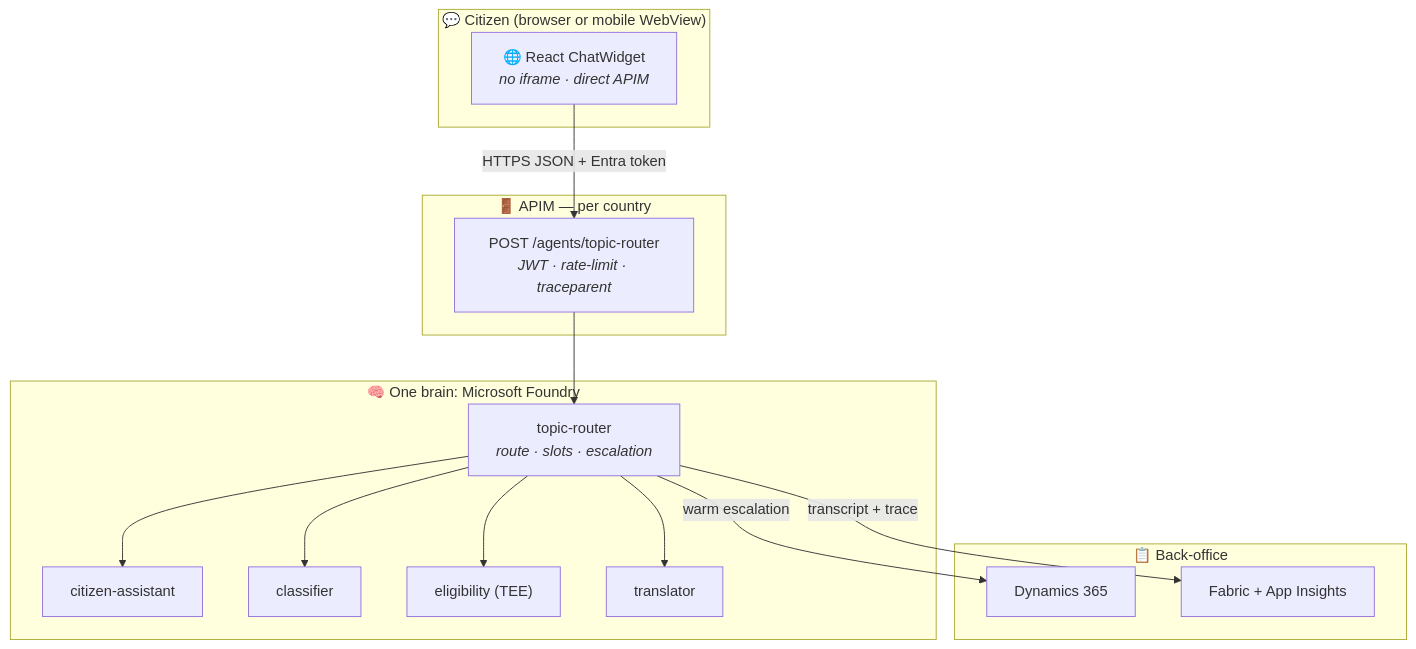
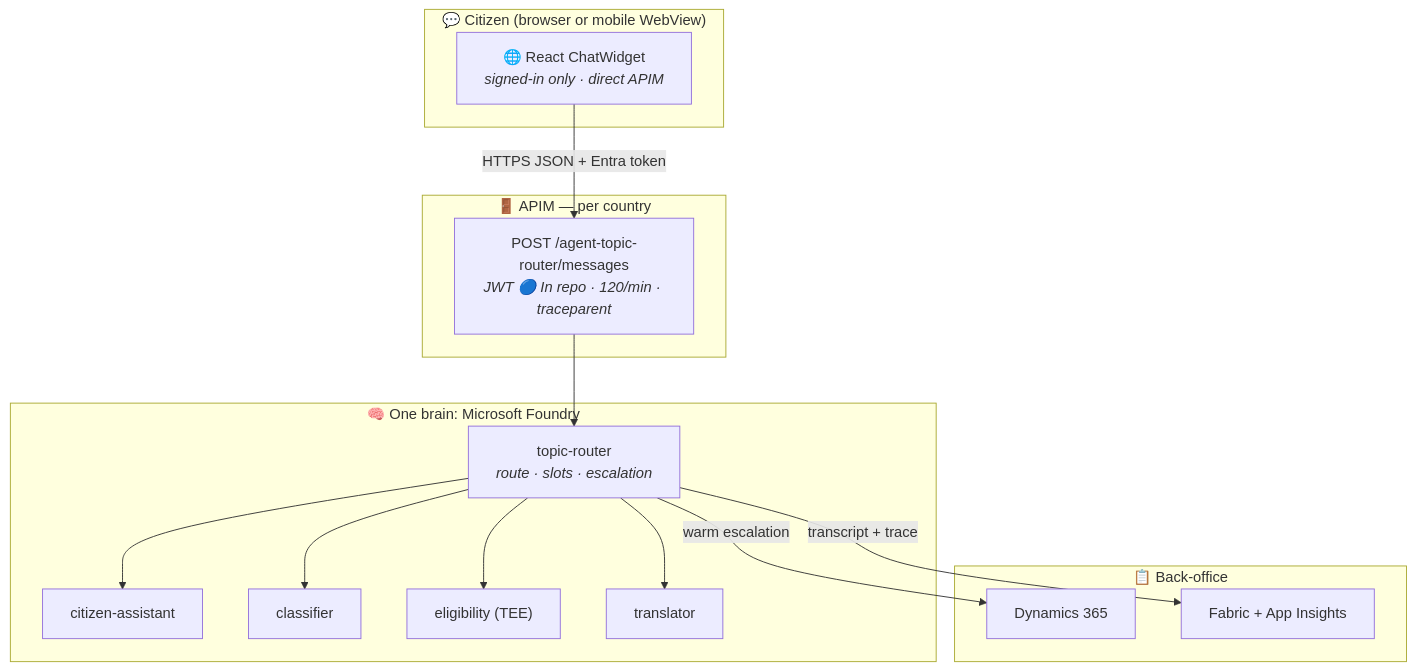
Before and after one commit to fredgis/UDCSP: the first of 4 diagrams in docs/biz/chat.md, drawn with Mermaid. The commit also changed other lines of this file and 105 other files, not shown here.

````diff
--- a/docs/biz/chat.md
+++ b/docs/biz/chat.md
@@ -88,25 +88,25 @@
 ```mermaid
 flowchart TB
     subgraph CITIZEN["💬 Citizen (browser or mobile WebView)"]
-        BROWSER["🌐 React ChatWidget<br/><i>no iframe · direct APIM</i>"]
+        BROWSER["🌐 React ChatWidget<br/><i>signed-in only · direct APIM</i>"]
     end
     subgraph GATEWAY["🚪 APIM — per country"]
-        APIM["POST /agents/topic-router<br/><i>JWT · rate-limit · traceparent</i>"]
+        APIM["POST /agent-topic-router/messages<br/><i>JWT 🔵 In repo · 120/min · traceparent</i>"]
     end
     subgraph FOUNDRY["🧠 One brain: Microsoft Foundry"]
         ROUTER["topic-router<br/><i>route · slots · escalation</i>"]
         ASSIST["citizen-assistant"]
         CLASS["classifier"]
         ELIG["eligibility (TEE)"]
         TRANS["translator"]
     end
     subgraph BACK["📋 Back-office"]
         D365["Dynamics 365"]
         FABRIC["Fabric + App Insights"]
     end
     BROWSER -->|HTTPS JSON + Entra token| APIM
     APIM --> ROUTER
     ROUTER --> CLASS & ASSIST & ELIG & TRANS
     ROUTER -->|warm escalation| D365
     ROUTER -->|transcript + trace| FABRIC
 ```
````
